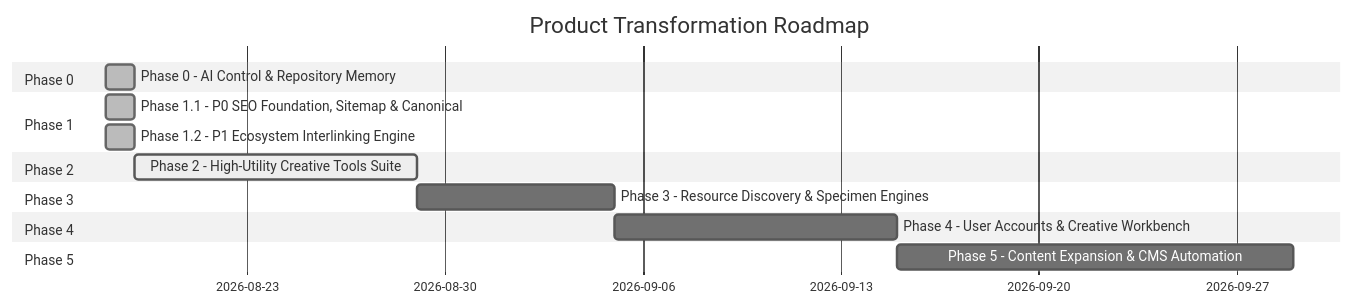
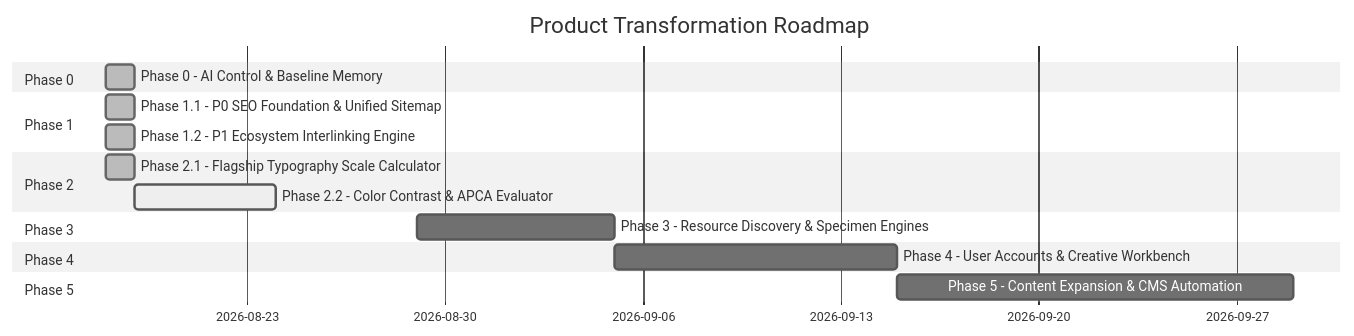
One commit to ravanmammadov1/blog.rvan.me changed the diagram in AI/ROADMAP.md. Above: the diagram before and after it, drawn with Mermaid (neutral theme). The commit also changed other lines of this file and 14 other files, not shown here.

Commit message:
feat: launch typography scale and clamp calculator

````diff
--- a/AI/ROADMAP.md
+++ b/AI/ROADMAP.md
@@ -5,18 +5,19 @@
 ```mermaid
 gantt
     title Product Transformation Roadmap
     dateFormat  YYYY-MM-DD
     section Phase 0
-    Phase 0 - AI Control & Repository Memory       :done, p0, 2026-08-18, 1d
+    Phase 0 - AI Control & Baseline Memory             :done, p0, 2026-08-18, 1d
     section Phase 1
-    Phase 1.1 - P0 SEO Foundation, Sitemap & Canonical :done, p1a, 2026-08-18, 1d
+    Phase 1.1 - P0 SEO Foundation & Unified Sitemap    :done, p1a, 2026-08-18, 1d
     Phase 1.2 - P1 Ecosystem Interlinking Engine       :done, p1b, 2026-08-18, 1d
     section Phase 2
-    Phase 2 - High-Utility Creative Tools Suite        :active, p2, 2026-08-19, 10d
+    Phase 2.1 - Flagship Typography Scale Calculator   :done, p2a, 2026-08-18, 1d
+    Phase 2.2 - Color Contrast & APCA Evaluator        :active, p2b, 2026-08-19, 5d
     section Phase 3
     Phase 3 - Resource Discovery & Specimen Engines     :p3, 2026-08-29, 7d
     section Phase 4
     Phase 4 - User Accounts & Creative Workbench       :p4, 2026-09-05, 10d
     section Phase 5
     Phase 5 - Content Expansion & CMS Automation       :p5, 2026-09-15, 14d
 ```
````
